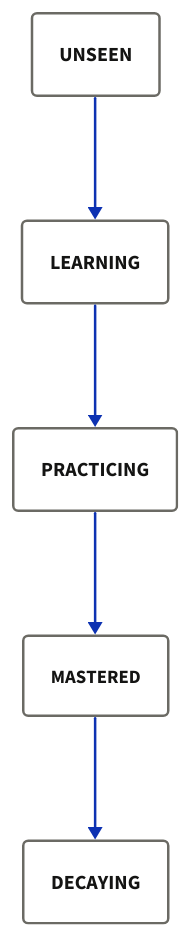
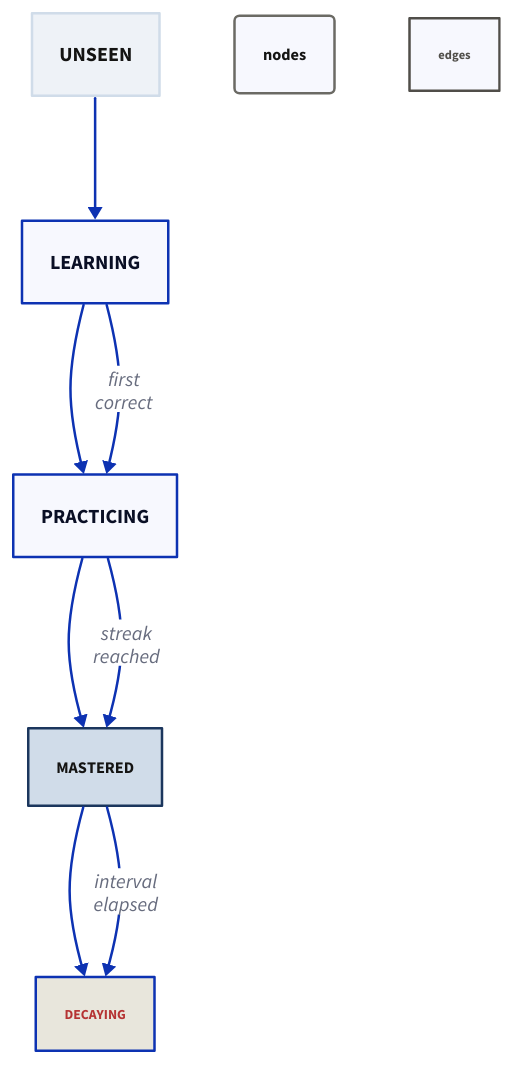
One commit to chuma-beep/mathua changed the diagram in web/next-app/diagrams/student-model.d2. Above: the diagram before and after it, drawn with D2. The commit also changed 19 other files, not shown here.

Commit message:
complete D2 diagrams — restore full detail (sub-layers, internal modules, labelled edges)

```diff
--- a/web/next-app/diagrams/student-model.d2
+++ b/web/next-app/diagrams/student-model.d2
@@ -1,23 +1,52 @@
+# Student Model — Concept state pipeline
+
 UNSEEN -> LEARNING
 LEARNING -> PRACTICING
 PRACTICING -> MASTERED
 MASTERED -> DECAYING
 
 UNSEEN: {
-  style.fill: "#EEF2F7"
+  style: {
+    fill: "#EEF2F7"
+    font-color: "#141413"
+    stroke: "#D0DCE9"
+  }
 }
 
+LEARNING -> PRACTICING: first\ncorrect
+PRACTICING -> MASTERED: streak\nreached
+MASTERED -> DECAYING: interval\nelapsed
+
 MASTERED: {
-  style.font-size: 15
+  style: {
+    fill: "#D0DCE9"
+    font-color: "#141413"
+    stroke: "#1B365D"
+    font-size: 13
+  }
 }
 
 DECAYING: {
-  style.fill: "#E8E6DC"
+  style: {
+    fill: "#E8E6DC"
+    font-color: "#B53333"
+    font-size: 11
+  }
 }
 
-*.style: {
-  fill: "transparent"
-  font-color: "#141413"
-  border-radius: 4
-  stroke: "#6b6a64"
+nodes: {
+  style: {
+    font-size: 13
+    font-color: "#141413"
+    border-radius: 4
+    stroke: "#6b6a64"
+  }
 }
+
+edges: {
+  style: {
+    stroke: "#504e49"
+    font-size: 10
+    font-color: "#504e49"
+  }
+}
```
